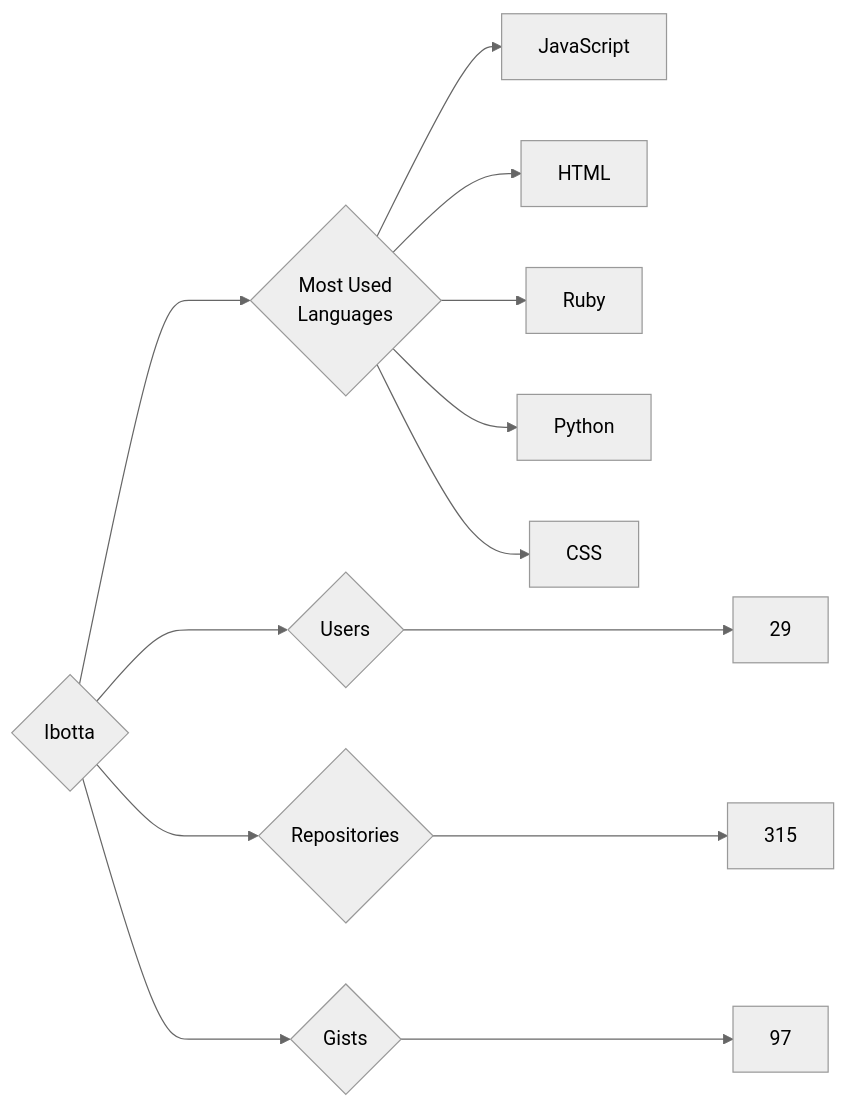
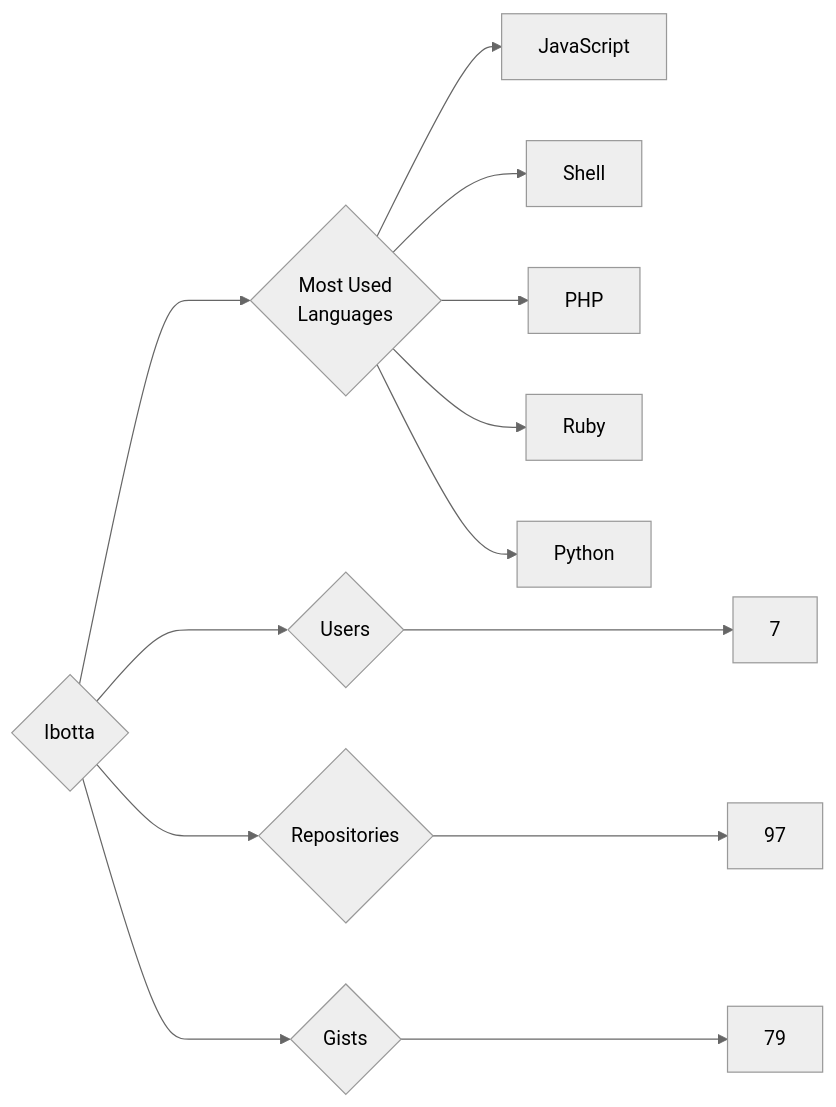
Before and after one commit to trickest/insiders: the diagram in targets/Ibotta/README.md, drawn with Mermaid (neutral theme). The commit also changed 951 other files, not shown here.

````diff
--- a/targets/Ibotta/README.md
+++ b/targets/Ibotta/README.md
@@ -3,13 +3,13 @@
 ```mermaid
 graph LR
 COMPANY_NAME{Ibotta}
-COMPANY_NAME ---> U{Users} ---> UN[29]
-COMPANY_NAME ---> R{Repositories} ---> RN[315]
-COMPANY_NAME ---> G{Gists} ---> GN[97]
+COMPANY_NAME ---> U{Users} ---> UN[7]
+COMPANY_NAME ---> R{Repositories} ---> RN[97]
+COMPANY_NAME ---> G{Gists} ---> GN[79]
 COMPANY_NAME ---> ML{Most Used<br>Languages}
 ML --> JavaScript[JavaScript]
-ML --> HTML[HTML]
+ML --> Shell[Shell]
+ML --> PHP[PHP]
 ML --> Ruby[Ruby]
 ML --> Python[Python]
-ML --> CSS[CSS]
 ```
````
